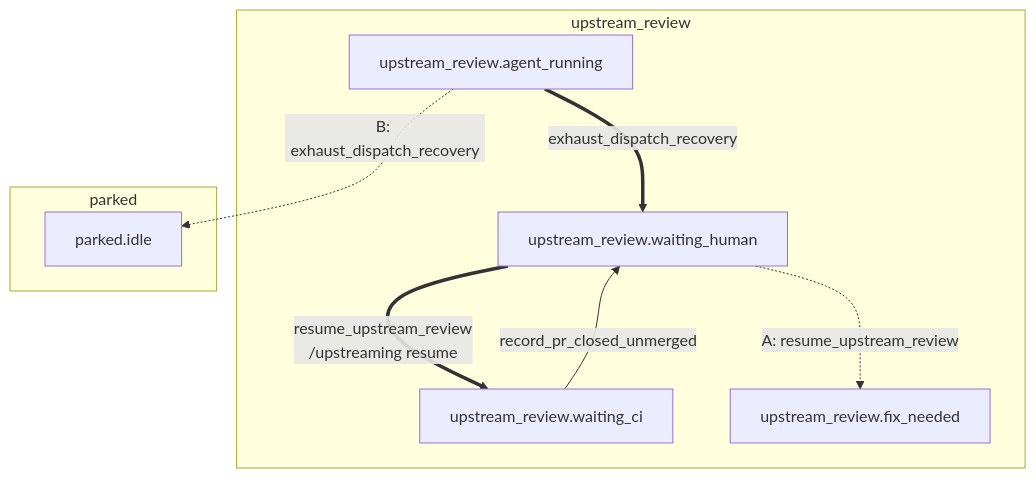
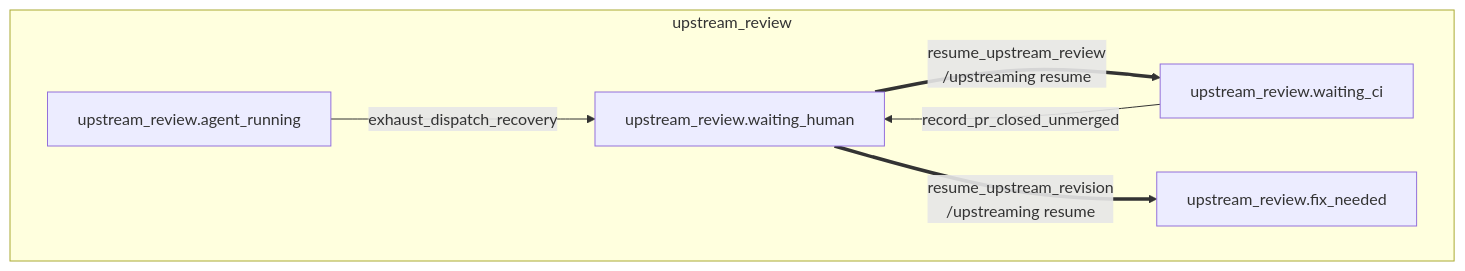
One commit to riseproject-dev/porting-agent changed the third of 52 diagrams in docs/state-machine/decisions.md. Above: the diagram before and after it, drawn with Mermaid. The commit also changed other lines of this file and 9 other files, not shown here.

````diff
--- a/docs/state-machine/decisions.md
+++ b/docs/state-machine/decisions.md
@@ -82,18 +88,14 @@
 ```mermaid
 flowchart TB
     subgraph upstream_review["upstream_review"]
         upstream_agent_running["upstream_review.agent_running"]
         upstream_waiting_human["upstream_review.waiting_human"]
         upstream_waiting_ci["upstream_review.waiting_ci"]
         upstream_fix_needed["upstream_review.fix_needed"]
     end
-    subgraph parked["parked"]
-        parked_idle["parked.idle"]
-    end
 
-    upstream_agent_running ==>|exhaust_dispatch_recovery| upstream_waiting_human
+    upstream_agent_running -->|exhaust_dispatch_recovery| upstream_waiting_human
     upstream_waiting_ci -->|record_pr_closed_unmerged| upstream_waiting_human
     upstream_waiting_human ==>|resume_upstream_review<br/>/upstreaming resume| upstream_waiting_ci
-    upstream_waiting_human -.->|"A: resume_upstream_review"| upstream_fix_needed
-    upstream_agent_running -.->|"B: exhaust_dispatch_recovery"| parked_idle
+    upstream_waiting_human ==>|resume_upstream_revision<br/>/upstreaming resume| upstream_fix_needed
 ```
````
